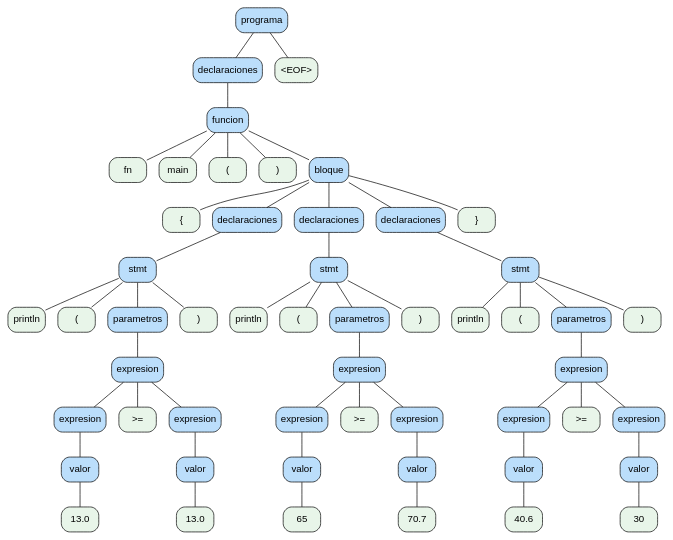
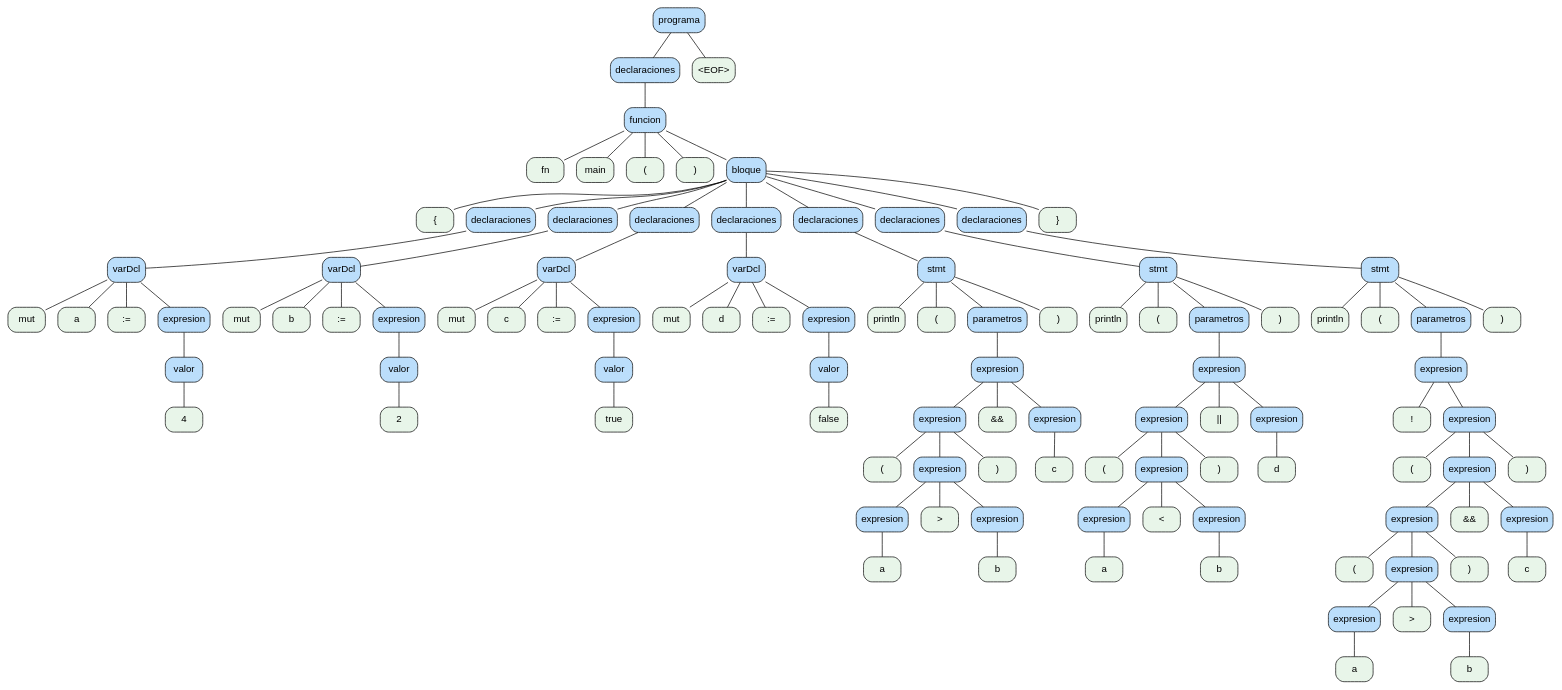
One commit to YairCarrito45/-OLC2_Proyecto2_G19 changed the diagram in ast.dot. Above: the diagram before and after it, drawn with Graphviz. The commit also changed 5 other files, not shown here.

```diff
--- a/ast.dot
+++ b/ast.dot
@@ -16,94 +16,198 @@
   8 [label="{", fillcolor="#e8f5e9"];
   7 -> 8;
   9 [label="declaraciones", fillcolor="#bbdefb"];
-  10 [label="stmt", fillcolor="#bbdefb"];
-  11 [label="println", fillcolor="#e8f5e9"];
+  10 [label="varDcl", fillcolor="#bbdefb"];
+  11 [label="mut", fillcolor="#e8f5e9"];
   10 -> 11;
-  12 [label="(", fillcolor="#e8f5e9"];
+  12 [label="a", fillcolor="#e8f5e9"];
   10 -> 12;
-  13 [label="parametros", fillcolor="#bbdefb"];
+  13 [label=":=", fillcolor="#e8f5e9"];
+  10 -> 13;
   14 [label="expresion", fillcolor="#bbdefb"];
-  15 [label="expresion", fillcolor="#bbdefb"];
-  16 [label="valor", fillcolor="#bbdefb"];
-  17 [label="13.0", fillcolor="#e8f5e9"];
-  16 -> 17;
+  15 [label="valor", fillcolor="#bbdefb"];
+  16 [label="4", fillcolor="#e8f5e9"];
   15 -> 16;
   14 -> 15;
-  18 [label=">=", fillcolor="#e8f5e9"];
-  14 -> 18;
-  19 [label="expresion", fillcolor="#bbdefb"];
-  20 [label="valor", fillcolor="#bbdefb"];
-  21 [label="13.0", fillcolor="#e8f5e9"];
-  20 -> 21;
-  19 -> 20;
-  14 -> 19;
-  13 -> 14;
-  10 -> 13;
-  22 [label=")", fillcolor="#e8f5e9"];
-  10 -> 22;
+  10 -> 14;
   9 -> 10;
   7 -> 9;
-  23 [label="declaraciones", fillcolor="#bbdefb"];
-  24 [label="stmt", fillcolor="#bbdefb"];
-  25 [label="println", fillcolor="#e8f5e9"];
-  24 -> 25;
-  26 [label="(", fillcolor="#e8f5e9"];
-  24 -> 26;
-  27 [label="parametros", fillcolor="#bbdefb"];
-  28 [label="expresion", fillcolor="#bbdefb"];
-  29 [label="expresion", fillcolor="#bbdefb"];
-  30 [label="valor", fillcolor="#bbdefb"];
-  31 [label="65", fillcolor="#e8f5e9"];
+  17 [label="declaraciones", fillcolor="#bbdefb"];
+  18 [label="varDcl", fillcolor="#bbdefb"];
+  19 [label="mut", fillcolor="#e8f5e9"];
+  18 -> 19;
+  20 [label="b", fillcolor="#e8f5e9"];
+  18 -> 20;
+  21 [label=":=", fillcolor="#e8f5e9"];
+  18 -> 21;
+  22 [label="expresion", fillcolor="#bbdefb"];
+  23 [label="valor", fillcolor="#bbdefb"];
+  24 [label="2", fillcolor="#e8f5e9"];
+  23 -> 24;
+  22 -> 23;
+  18 -> 22;
+  17 -> 18;
+  7 -> 17;
+  25 [label="declaraciones", fillcolor="#bbdefb"];
+  26 [label="varDcl", fillcolor="#bbdefb"];
+  27 [label="mut", fillcolor="#e8f5e9"];
+  26 -> 27;
+  28 [label="c", fillcolor="#e8f5e9"];
+  26 -> 28;
+  29 [label=":=", fillcolor="#e8f5e9"];
+  26 -> 29;
+  30 [label="expresion", fillcolor="#bbdefb"];
+  31 [label="valor", fillcolor="#bbdefb"];
+  32 [label="true", fillcolor="#e8f5e9"];
+  31 -> 32;
   30 -> 31;
-  29 -> 30;
-  28 -> 29;
-  32 [label=">=", fillcolor="#e8f5e9"];
-  28 -> 32;
-  33 [label="expresion", fillcolor="#bbdefb"];
-  34 [label="valor", fillcolor="#bbdefb"];
-  35 [label="70.7", fillcolor="#e8f5e9"];
+  26 -> 30;
+  25 -> 26;
+  7 -> 25;
+  33 [label="declaraciones", fillcolor="#bbdefb"];
+  34 [label="varDcl", fillcolor="#bbdefb"];
+  35 [label="mut", fillcolor="#e8f5e9"];
   34 -> 35;
+  36 [label="d", fillcolor="#e8f5e9"];
+  34 -> 36;
+  37 [label=":=", fillcolor="#e8f5e9"];
+  34 -> 37;
+  38 [label="expresion", fillcolor="#bbdefb"];
+  39 [label="valor", fillcolor="#bbdefb"];
+  40 [label="false", fillcolor="#e8f5e9"];
+  39 -> 40;
+  38 -> 39;
+  34 -> 38;
   33 -> 34;
-  28 -> 33;
-  27 -> 28;
-  24 -> 27;
-  36 [label=")", fillcolor="#e8f5e9"];
-  24 -> 36;
-  23 -> 24;
-  7 -> 23;
-  37 [label="declaraciones", fillcolor="#bbdefb"];
-  38 [label="stmt", fillcolor="#bbdefb"];
-  39 [label="println", fillcolor="#e8f5e9"];
-  38 -> 39;
-  40 [label="(", fillcolor="#e8f5e9"];
-  38 -> 40;
-  41 [label="parametros", fillcolor="#bbdefb"];
-  42 [label="expresion", fillcolor="#bbdefb"];
-  43 [label="expresion", fillcolor="#bbdefb"];
-  44 [label="valor", fillcolor="#bbdefb"];
-  45 [label="40.6", fillcolor="#e8f5e9"];
-  44 -> 45;
-  43 -> 44;
+  7 -> 33;
+  41 [label="declaraciones", fillcolor="#bbdefb"];
+  42 [label="stmt", fillcolor="#bbdefb"];
+  43 [label="println", fillcolor="#e8f5e9"];
   42 -> 43;
-  46 [label=">=", fillcolor="#e8f5e9"];
-  42 -> 46;
+  44 [label="(", fillcolor="#e8f5e9"];
+  42 -> 44;
+  45 [label="parametros", fillcolor="#bbdefb"];
+  46 [label="expresion", fillcolor="#bbdefb"];
   47 [label="expresion", fillcolor="#bbdefb"];
-  48 [label="valor", fillcolor="#bbdefb"];
-  49 [label="30", fillcolor="#e8f5e9"];
-  48 -> 49;
+  48 [label="(", fillcolor="#e8f5e9"];
   47 -> 48;
-  42 -> 47;
+  49 [label="expresion", fillcolor="#bbdefb"];
+  50 [label="expresion", fillcolor="#bbdefb"];
+  51 [label="a", fillcolor="#e8f5e9"];
+  50 -> 51;
+  49 -> 50;
+  52 [label=">", fillcolor="#e8f5e9"];
+  49 -> 52;
+  53 [label="expresion", fillcolor="#bbdefb"];
+  54 [label="b", fillcolor="#e8f5e9"];
+  53 -> 54;
+  49 -> 53;
+  47 -> 49;
+  55 [label=")", fillcolor="#e8f5e9"];
+  47 -> 55;
+  46 -> 47;
+  56 [label="&&", fillcolor="#e8f5e9"];
+  46 -> 56;
+  57 [label="expresion", fillcolor="#bbdefb"];
+  58 [label="c", fillcolor="#e8f5e9"];
+  57 -> 58;
+  46 -> 57;
+  45 -> 46;
+  42 -> 45;
+  59 [label=")", fillcolor="#e8f5e9"];
+  42 -> 59;
   41 -> 42;
-  38 -> 41;
-  50 [label=")", fillcolor="#e8f5e9"];
-  38 -> 50;
-  37 -> 38;
-  7 -> 37;
-  51 [label="}", fillcolor="#e8f5e9"];
-  7 -> 51;
+  7 -> 41;
+  60 [label="declaraciones", fillcolor="#bbdefb"];
+  61 [label="stmt", fillcolor="#bbdefb"];
+  62 [label="println", fillcolor="#e8f5e9"];
+  61 -> 62;
+  63 [label="(", fillcolor="#e8f5e9"];
+  61 -> 63;
+  64 [label="parametros", fillcolor="#bbdefb"];
+  65 [label="expresion", fillcolor="#bbdefb"];
+  66 [label="expresion", fillcolor="#bbdefb"];
+  67 [label="(", fillcolor="#e8f5e9"];
+  66 -> 67;
+  68 [label="expresion", fillcolor="#bbdefb"];
+  69 [label="expresion", fillcolor="#bbdefb"];
+  70 [label="a", fillcolor="#e8f5e9"];
+  69 -> 70;
+  68 -> 69;
+  71 [label="<", fillcolor="#e8f5e9"];
+  68 -> 71;
+  72 [label="expresion", fillcolor="#bbdefb"];
+  73 [label="b", fillcolor="#e8f5e9"];
+  72 -> 73;
+  68 -> 72;
+  66 -> 68;
+  74 [label=")", fillcolor="#e8f5e9"];
+  66 -> 74;
+  65 -> 66;
+  75 [label="||", fillcolor="#e8f5e9"];
+  65 -> 75;
+  76 [label="expresion", fillcolor="#bbdefb"];
+  77 [label="d", fillcolor="#e8f5e9"];
+  76 -> 77;
+  65 -> 76;
+  64 -> 65;
+  61 -> 64;
+  78 [label=")", fillcolor="#e8f5e9"];
+  61 -> 78;
+  60 -> 61;
+  7 -> 60;
+  79 [label="declaraciones", fillcolor="#bbdefb"];
+  80 [label="stmt", fillcolor="#bbdefb"];
+  81 [label="println", fillcolor="#e8f5e9"];
+  80 -> 81;
+  82 [label="(", fillcolor="#e8f5e9"];
+  80 -> 82;
+  83 [label="parametros", fillcolor="#bbdefb"];
+  84 [label="expresion", fillcolor="#bbdefb"];
+  85 [label="!", fillcolor="#e8f5e9"];
+  84 -> 85;
+  86 [label="expresion", fillcolor="#bbdefb"];
+  87 [label="(", fillcolor="#e8f5e9"];
+  86 -> 87;
+  88 [label="expresion", fillcolor="#bbdefb"];
+  89 [label="expresion", fillcolor="#bbdefb"];
+  90 [label="(", fillcolor="#e8f5e9"];
+  89 -> 90;
+  91 [label="expresion", fillcolor="#bbdefb"];
+  92 [label="expresion", fillcolor="#bbdefb"];
+  93 [label="a", fillcolor="#e8f5e9"];
+  92 -> 93;
+  91 -> 92;
+  94 [label=">", fillcolor="#e8f5e9"];
+  91 -> 94;
+  95 [label="expresion", fillcolor="#bbdefb"];
+  96 [label="b", fillcolor="#e8f5e9"];
+  95 -> 96;
+  91 -> 95;
+  89 -> 91;
+  97 [label=")", fillcolor="#e8f5e9"];
+  89 -> 97;
+  88 -> 89;
+  98 [label="&&", fillcolor="#e8f5e9"];
+  88 -> 98;
+  99 [label="expresion", fillcolor="#bbdefb"];
+  100 [label="c", fillcolor="#e8f5e9"];
+  99 -> 100;
+  88 -> 99;
+  86 -> 88;
+  101 [label=")", fillcolor="#e8f5e9"];
+  86 -> 101;
+  84 -> 86;
+  83 -> 84;
+  80 -> 83;
+  102 [label=")", fillcolor="#e8f5e9"];
+  80 -> 102;
+  79 -> 80;
+  7 -> 79;
+  103 [label="}", fillcolor="#e8f5e9"];
+  7 -> 103;
   2 -> 7;
   1 -> 2;
   0 -> 1;
-  52 [label="<EOF>", fillcolor="#e8f5e9"];
-  0 -> 52;
+  104 [label="<EOF>", fillcolor="#e8f5e9"];
+  0 -> 104;
 }
```
